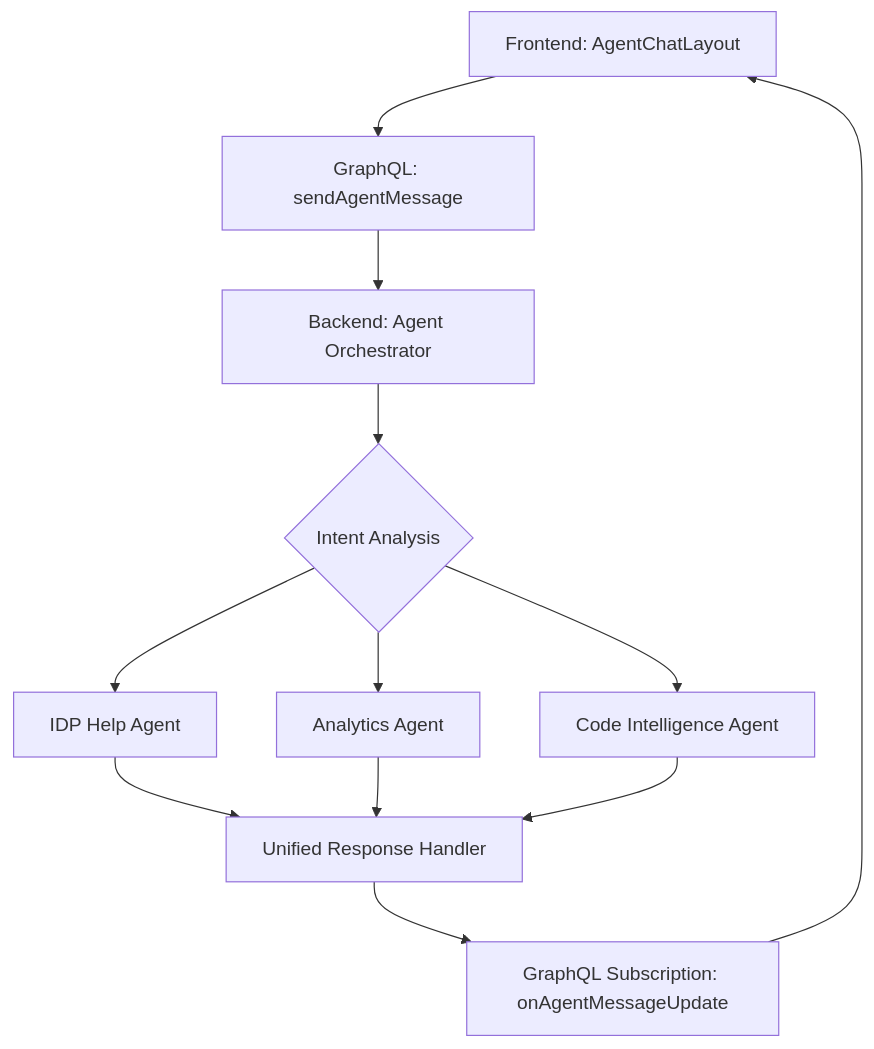
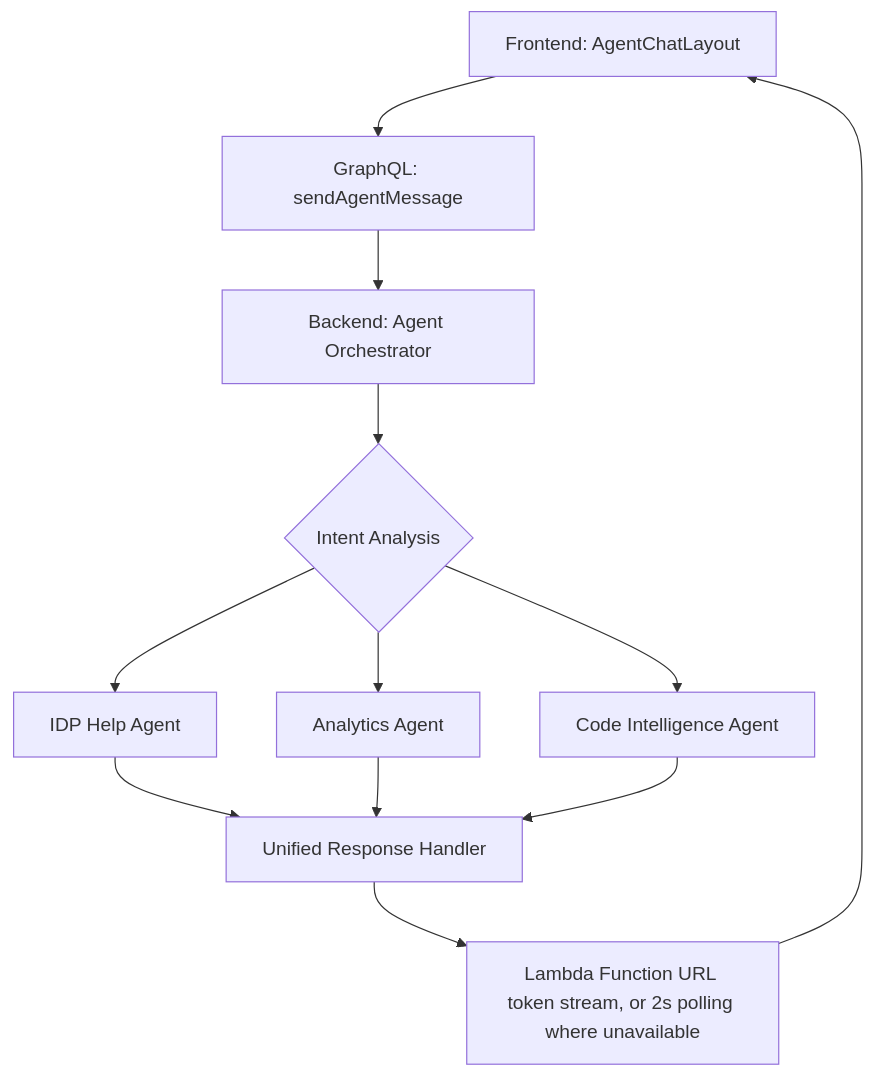
The diagram in sources/src/ui/src/components/agent-chat/README.md (cdklabs/genai-idp), drawn with Mermaid before and after one commit. The commit also changed other lines of this file and 3305 other files, not shown here.

````diff
--- a/sources/src/ui/src/components/agent-chat/README.md
+++ b/sources/src/ui/src/components/agent-chat/README.md
@@ -173,16 +175,16 @@
 ```mermaid
 flowchart TD
     A[Frontend: AgentChatLayout] --> B[GraphQL: sendAgentMessage]
     B --> C[Backend: Agent Orchestrator]
 
     C --> D{Intent Analysis}
     D --> E[IDP Help Agent]
     D --> F[Analytics Agent]
     D --> G[Code Intelligence Agent]
 
     E --> H[Unified Response Handler]
     F --> H
     G --> H
-    H --> I[GraphQL Subscription: onAgentMessageUpdate]
+    H --> I[Lambda Function URL token stream, or 2s polling where unavailable]
     I --> A
 ```
````
